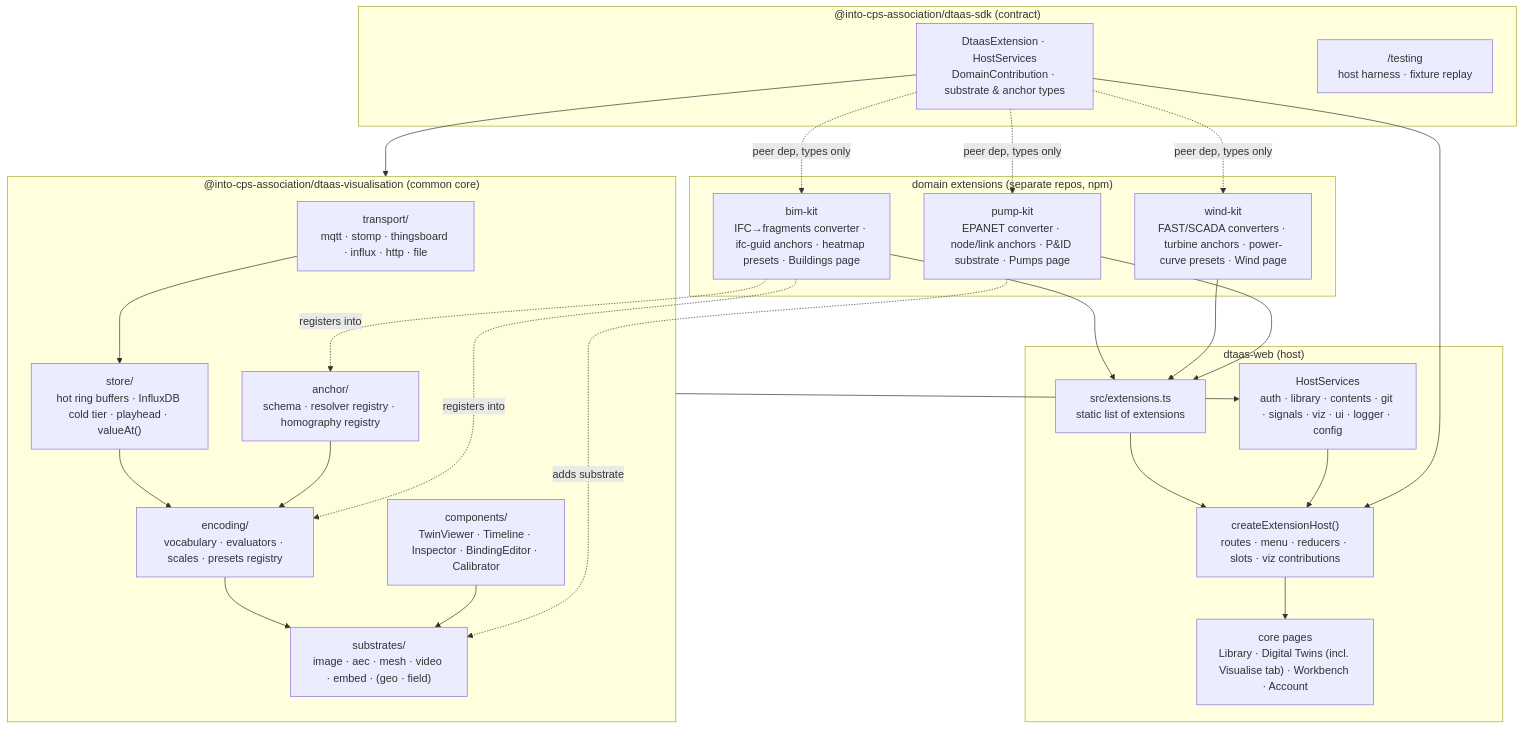
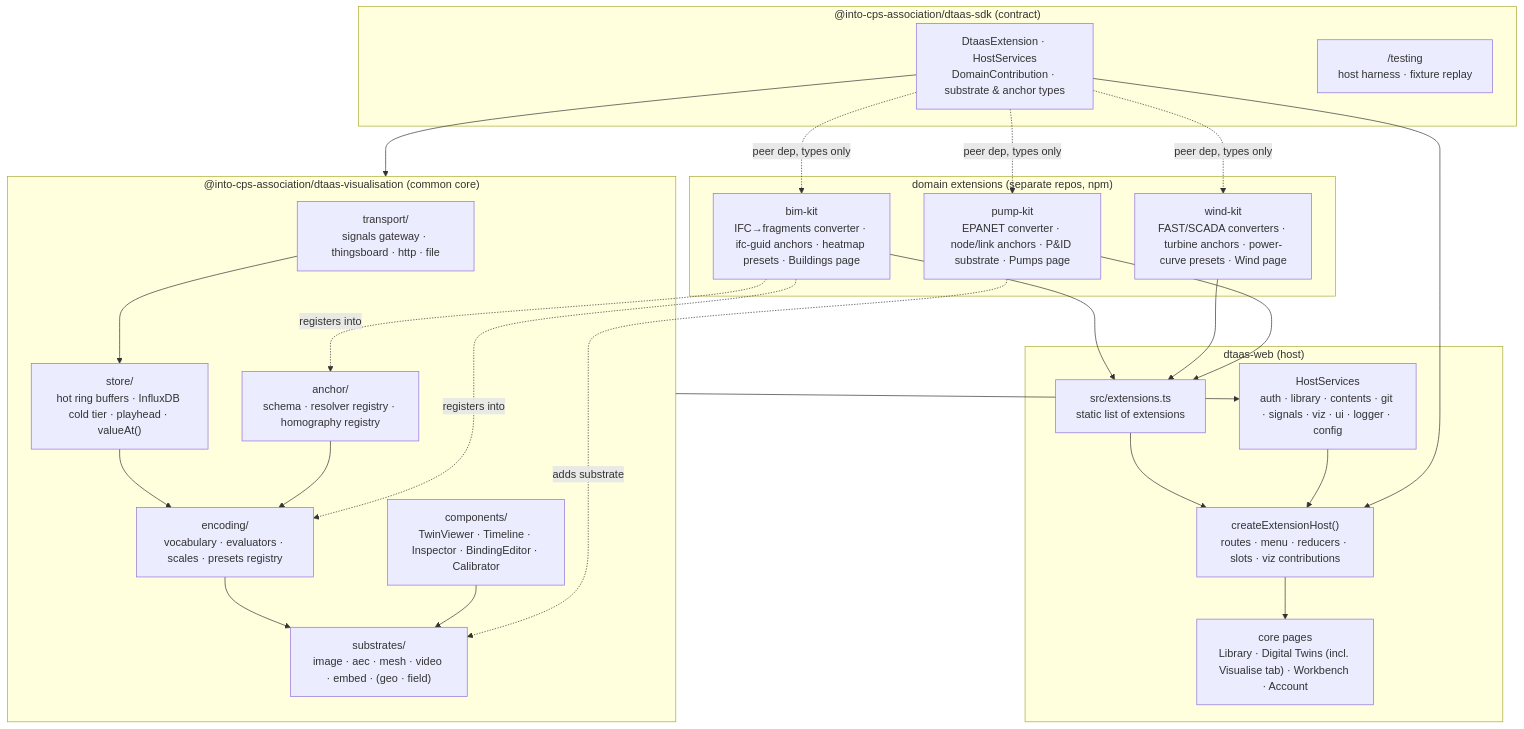
The diagram in docs/dtaas-client-modular-architecture.md (INTO-CPS-Association/dtaas-sdk), drawn with Mermaid before and after one commit. The commit also changed other lines of this file and 4 other files, not shown here.

````diff
--- a/docs/dtaas-client-modular-architecture.md
+++ b/docs/dtaas-client-modular-architecture.md
@@ -188,44 +188,44 @@
 ```mermaid
 flowchart TB
   subgraph host["dtaas-web (host)"]
     Manifest["src/extensions.ts<br/>static list of extensions"]
     Registry["createExtensionHost()<br/>routes · menu · reducers · slots · viz contributions"]
     Core["core pages<br/>Library · Digital Twins (incl. Visualise tab) · Workbench · Account"]
     Services["HostServices<br/>auth · library · contents · git · signals · viz · ui · logger · config"]
     Manifest --> Registry
     Registry --> Core
     Services --> Registry
   end
   subgraph viz["@into-cps-association/dtaas-visualisation (common core)"]
-    Transport["transport/<br/>mqtt · stomp · thingsboard · influx · http · file"]
+    Transport["transport/<br/>signals gateway · thingsboard · http · file"]
     Store["store/<br/>hot ring buffers · InfluxDB cold tier · playhead · valueAt()"]
     Anchor["anchor/<br/>schema · resolver registry · homography registry"]
     Encoding["encoding/<br/>vocabulary · evaluators · scales · presets registry"]
     Substrates["substrates/<br/>image · aec · mesh · video · embed · (geo · field)"]
     Components["components/<br/>TwinViewer · Timeline · Inspector · BindingEditor · Calibrator"]
     Transport --> Store --> Encoding --> Substrates
     Anchor --> Encoding
     Components --> Substrates
   end
   subgraph sdk["@into-cps-association/dtaas-sdk (contract)"]
     Types["DtaasExtension · HostServices<br/>DomainContribution · substrate & anchor types"]
     Testing["/testing<br/>host harness · fixture replay"]
   end
   subgraph ext["domain extensions (separate repos, npm)"]
     Bim["bim-kit<br/>IFC→fragments converter · ifc-guid anchors · heatmap presets · Buildings page"]
     Wind["wind-kit<br/>FAST/SCADA converters · turbine anchors · power-curve presets · Wind page"]
     Pump["pump-kit<br/>EPANET converter · node/link anchors · P&ID substrate · Pumps page"]
   end
   Types -. "peer dep, types only" .-> Bim
   Types -. "peer dep, types only" .-> Wind
   Types -. "peer dep, types only" .-> Pump
   Types --> Registry
   Types --> viz
   viz --> Services
   Bim --> Manifest
   Wind --> Manifest
   Pump --> Manifest
   Bim -. "registers into" .-> Anchor
   Bim -. "registers into" .-> Encoding
   Pump -. "adds substrate" .-> Substrates
 ```
````
